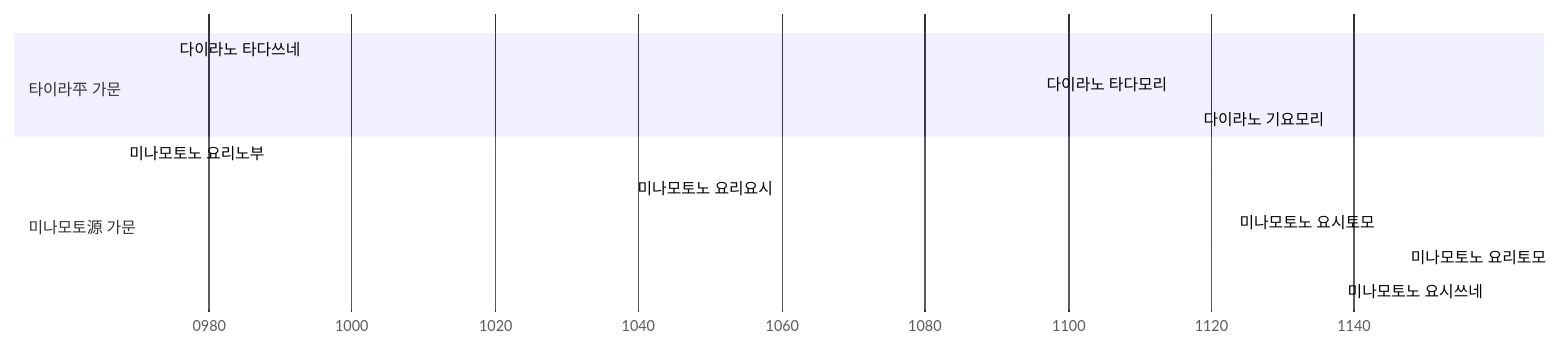
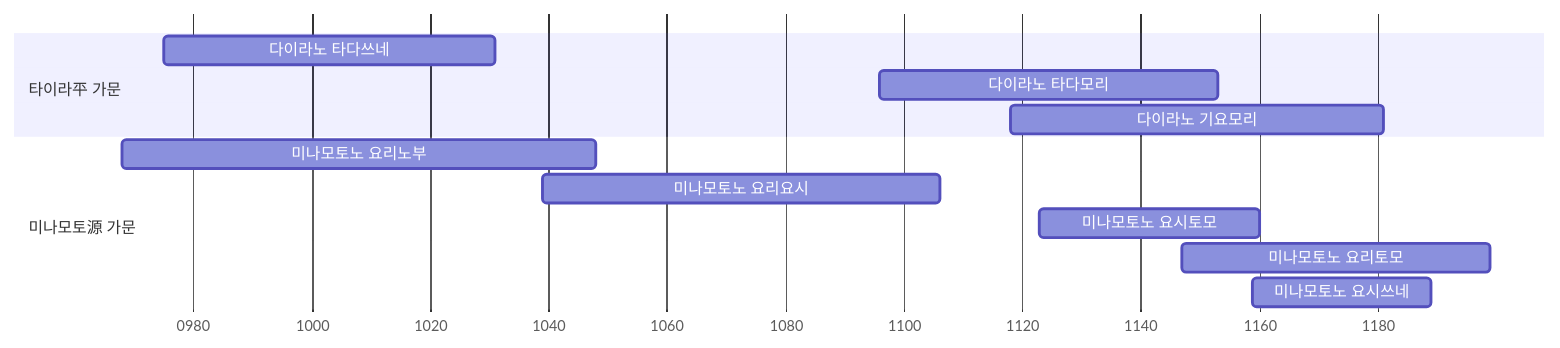
One commit to daewonyoon/historigram changed the first of 2 diagrams in 일본사/다이라-미나모토-인물.md. Above: the diagram before and after it, drawn with Mermaid. The commit also changed 4 other files, not shown here.

````diff
--- a/일본사/다이라-미나모토-인물.md
+++ b/일본사/다이라-미나모토-인물.md
@@ -1,16 +1,17 @@
 ```mermaid
 gantt
+	dateFormat YYYY
 	axisFormat %Y
 	
 	section 타이라平 가문
 	다이라노 타다쓰네: 975,1031 
-    다이라노 타다모리: 1096,1153 
-    다이라노 기요모리: 1118,1181
-    section 미나모토源 가문
-    미나모토노 요리노부: 968, 1048
-    미나모토노 요리요시: 1039,1106  
-    미나모토노 요시토모: 1123,1160 
-    미나모토노 요리토모: 1147,1199 
-    미나모토노 요시쓰네: 1159,1189 
+  다이라노 타다모리: 1096,1153 
+  다이라노 기요모리: 1118,1181
+  section 미나모토源 가문
+  미나모토노 요리노부: 968, 1048
+  미나모토노 요리요시: 1039,1106  
+  미나모토노 요시토모: 1123,1160 
+  미나모토노 요리토모: 1147,1199 
+  미나모토노 요시쓰네: 1159,1189 
 
 ```
````
